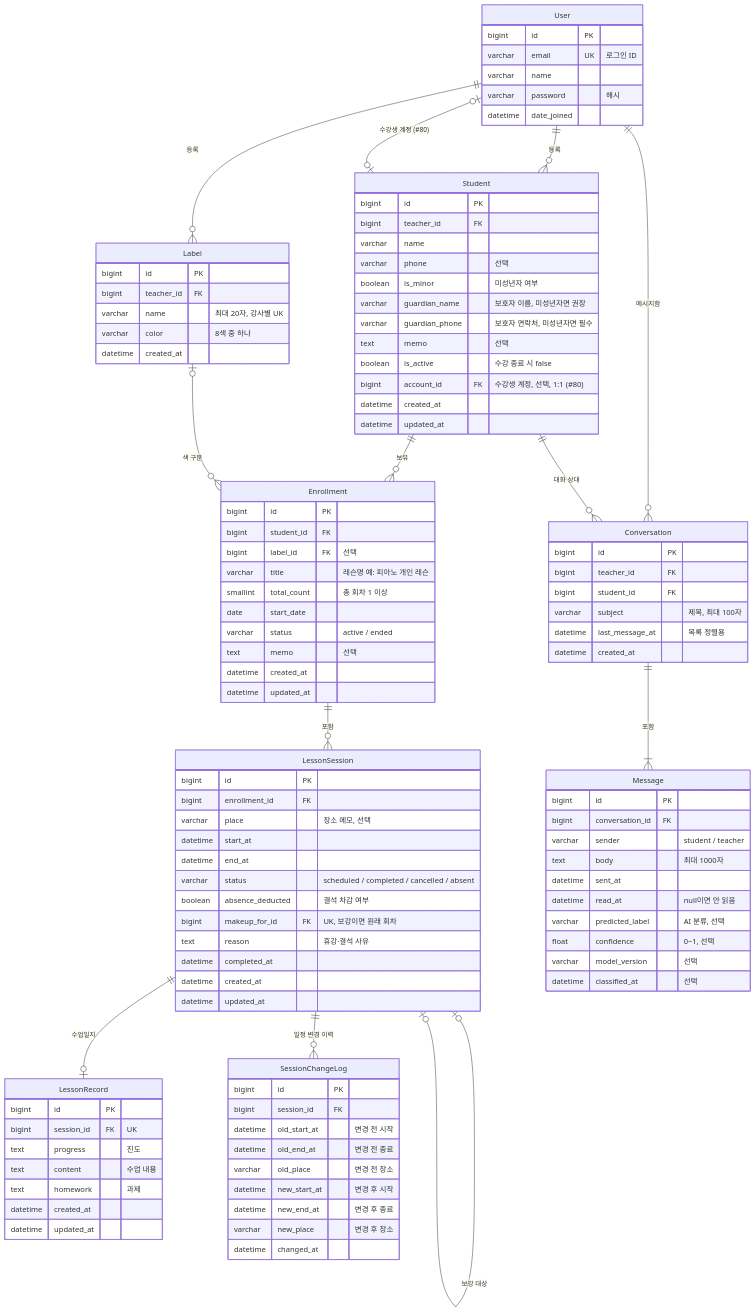
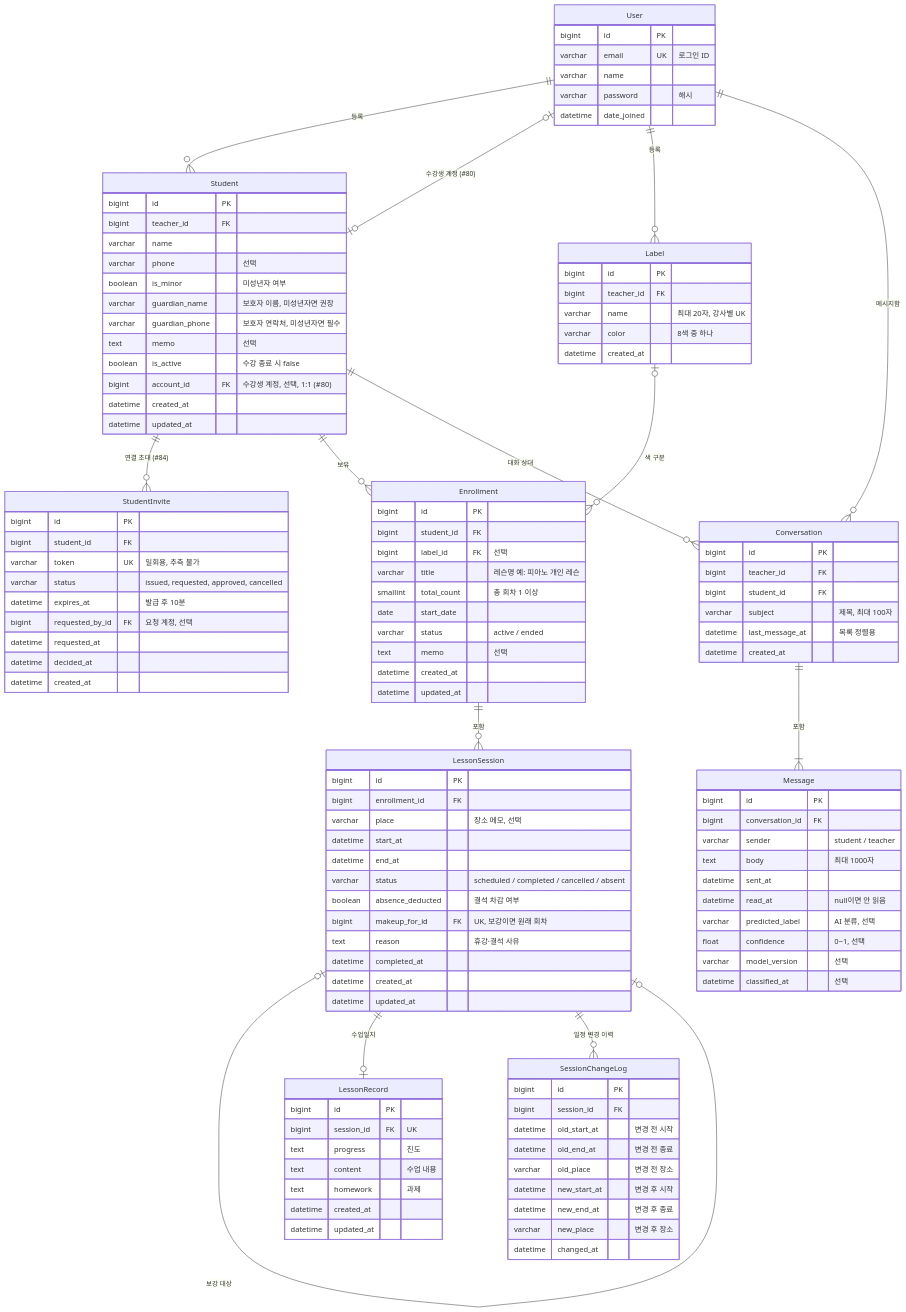
Before and after one commit to yeeun5364/lemit: the diagram in docs/ERD.md, drawn with Mermaid. The commit also changed other lines of this file and 24 other files, not shown here.

```diff
--- a/docs/ERD.md
+++ b/docs/ERD.md
@@ -9,6 +9,7 @@
 erDiagram
     User ||--o{ Student : "등록"
     User |o--o| Student : "수강생 계정 (#80)"
+    Student ||--o{ StudentInvite : "연결 초대 (#84)"
     Student ||--o{ Enrollment : "보유"
     User ||--o{ Label : "등록"
     Label |o--o{ Enrollment : "색 구분"
@@ -40,6 +41,17 @@
         bigint account_id FK "수강생 계정, 선택, 1:1 (#80)"
         datetime created_at
         datetime updated_at
+    }
+    StudentInvite {
+        bigint id PK
+        bigint student_id FK
+        varchar token UK "일회용, 추측 불가"
+        varchar status "issued, requested, approved, cancelled"
+        datetime expires_at "발급 후 10분"
+        bigint requested_by_id FK "요청 계정, 선택"
+        datetime requested_at
+        datetime decided_at
+        datetime created_at
     }
     Enrollment {
         bigint id PK
```
